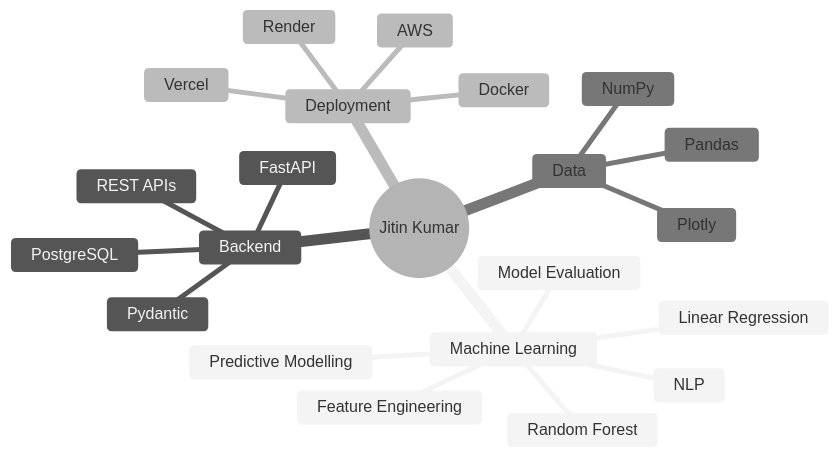
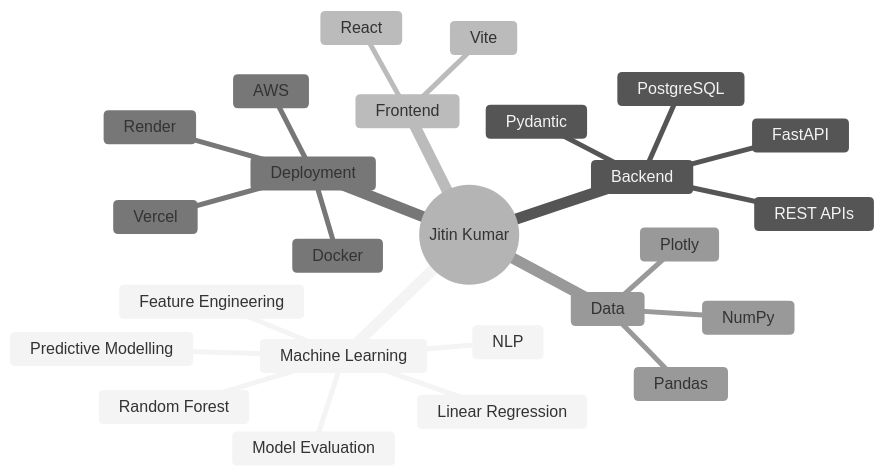
The fifth of 5 diagrams in README.md (Jitin2102/Jitin2102), drawn with Mermaid (neutral theme) before and after one commit. The commit also changed other lines of this file, not shown here.

````diff
--- a/README.md
+++ b/README.md
@@ -321,25 +351,28 @@
 ```mermaid
 mindmap
   root((Jitin Kumar))
     Machine Learning
       Predictive Modelling
       Feature Engineering
       Random Forest
       Linear Regression
       NLP
       Model Evaluation
     Backend
       FastAPI
       Pydantic
       REST APIs
       PostgreSQL
+    Frontend
+      React
+      Vite
     Deployment
       Docker
       AWS
       Vercel
       Render
     Data
       NumPy
       Pandas
       Plotly
 ```
````
